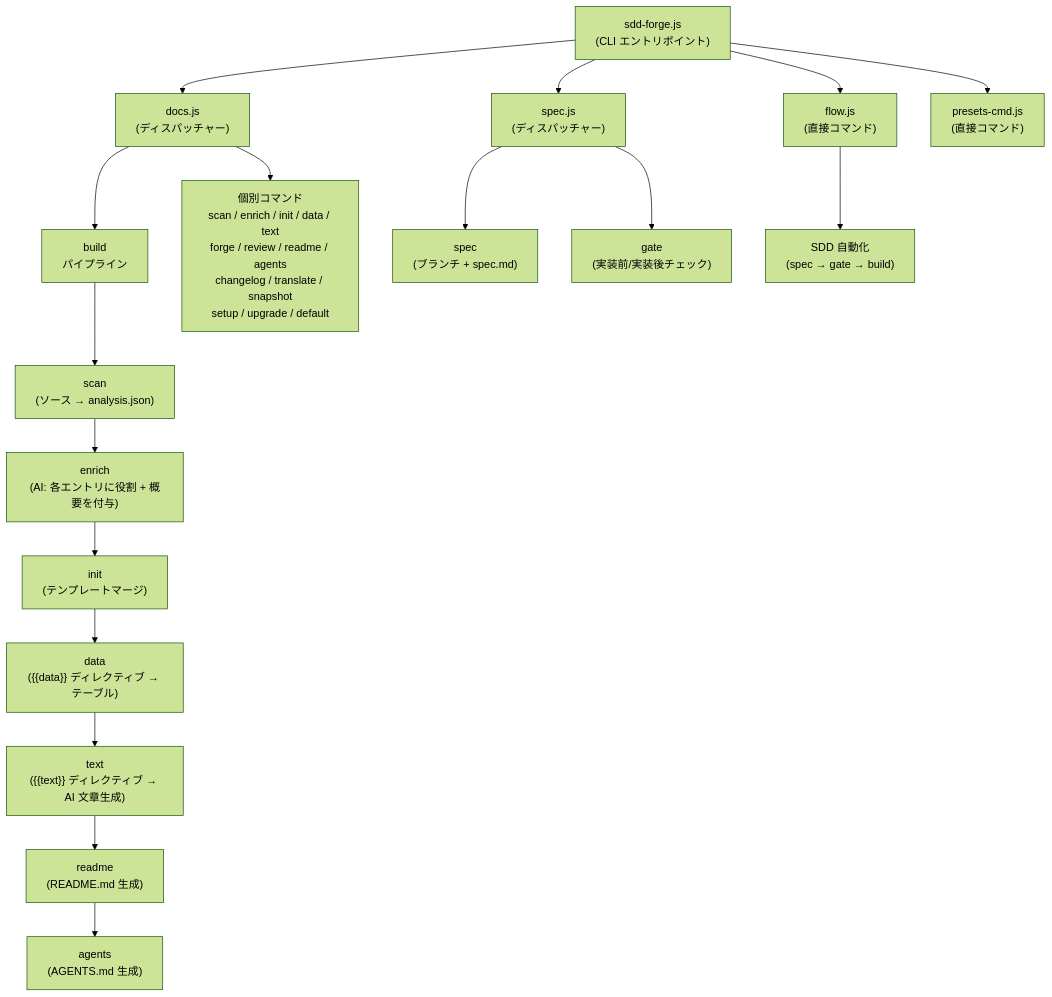
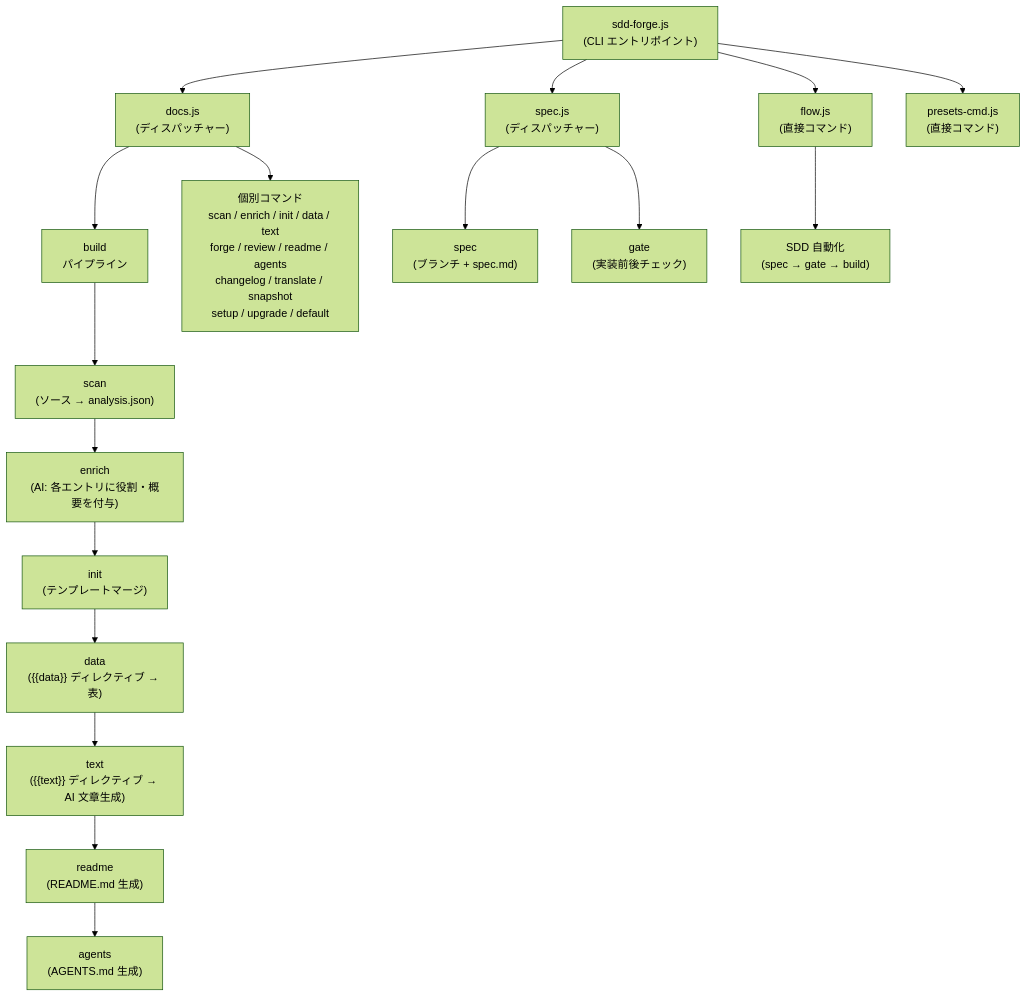
The diagram in docs/ja/overview.md (SpreadWorks/sdd-forge), drawn with Mermaid (forest theme) before and after one commit. The commit also changed other lines of this file and 7 other files, not shown here.

````diff
--- a/docs/ja/overview.md
+++ b/docs/ja/overview.md
@@ -29,25 +29,25 @@
 ```mermaid
 flowchart TD
     Entry["sdd-forge.js\n(CLI エントリポイント)"]
 
     Entry --> DocsDispatcher["docs.js\n(ディスパッチャー)"]
     Entry --> SpecDispatcher["spec.js\n(ディスパッチャー)"]
     Entry --> FlowDirect["flow.js\n(直接コマンド)"]
     Entry --> PresetsDirect["presets-cmd.js\n(直接コマンド)"]
 
     DocsDispatcher --> Build["build\nパイプライン"]
     DocsDispatcher --> Individual["個別コマンド\nscan / enrich / init / data / text\nforge / review / readme / agents\nchangelog / translate / snapshot\nsetup / upgrade / default"]
 
     Build --> Scan["scan\n(ソース → analysis.json)"]
-    Scan --> Enrich["enrich\n(AI: 各エントリに役割 + 概要を付与)"]
+    Scan --> Enrich["enrich\n(AI: 各エントリに役割・概要を付与)"]
     Enrich --> Init["init\n(テンプレートマージ)"]
-    Init --> Data["data\n({{data}} ディレクティブ → テーブル)"]
+    Init --> Data["data\n({{data}} ディレクティブ → 表)"]
     Data --> Text["text\n({{text}} ディレクティブ → AI 文章生成)"]
     Text --> Readme["readme\n(README.md 生成)"]
     Readme --> Agents["agents\n(AGENTS.md 生成)"]
 
     SpecDispatcher --> SpecInit["spec\n(ブランチ + spec.md)"]
-    SpecDispatcher --> Gate["gate\n(実装前/実装後チェック)"]
+    SpecDispatcher --> Gate["gate\n(実装前後チェック)"]
 
     FlowDirect --> SddFlow["SDD 自動化\n(spec → gate → build)"]
 ```
````
